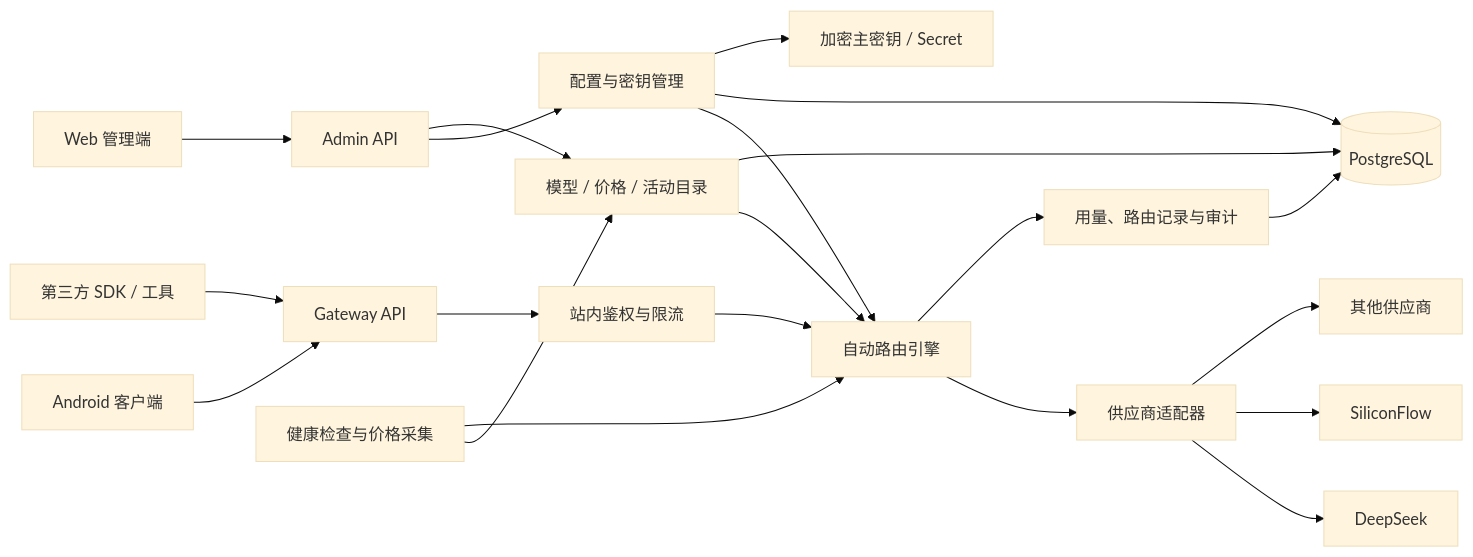
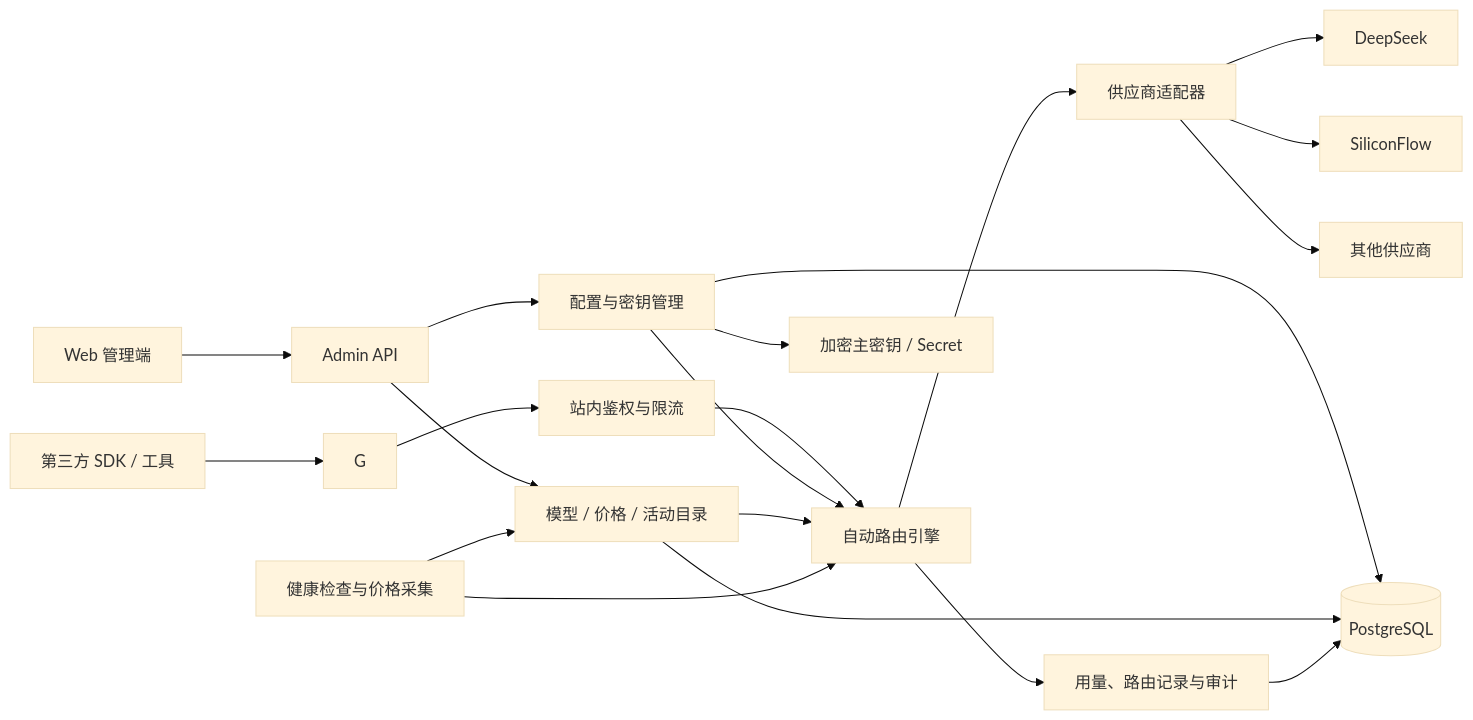
One commit to yugeoljang/TSAI changed the diagram in docs/personal-gateway-plus/README.md. Above: the diagram before and after it, drawn with Mermaid (base theme). The commit also changed other lines of this file and 21 other files, not shown here.

````diff
--- a/docs/personal-gateway-plus/README.md
+++ b/docs/personal-gateway-plus/README.md
@@ -52,26 +54,25 @@
 ```mermaid
 flowchart LR
-    A["Android 客户端"] --> G["Gateway API"]
     W["Web 管理端"] --> C["Admin API"]
     X["第三方 SDK / 工具"] --> G
 
     G --> AU["站内鉴权与限流"]
     AU --> R["自动路由引擎"]
     R --> AD["供应商适配器"]
     AD --> P1["DeepSeek"]
     AD --> P2["SiliconFlow"]
     AD --> P3["其他供应商"]
 
     C --> M["配置与密钥管理"]
     C --> CA["模型 / 价格 / 活动目录"]
     M --> R
     CA --> R
     R --> U["用量、路由记录与审计"]
     H["健康检查与价格采集"] --> CA
     H --> R
 
     M --> DB[("PostgreSQL")]
     CA --> DB
     U --> DB
     M --> K["加密主密钥 / Secret"]
 ```
````
